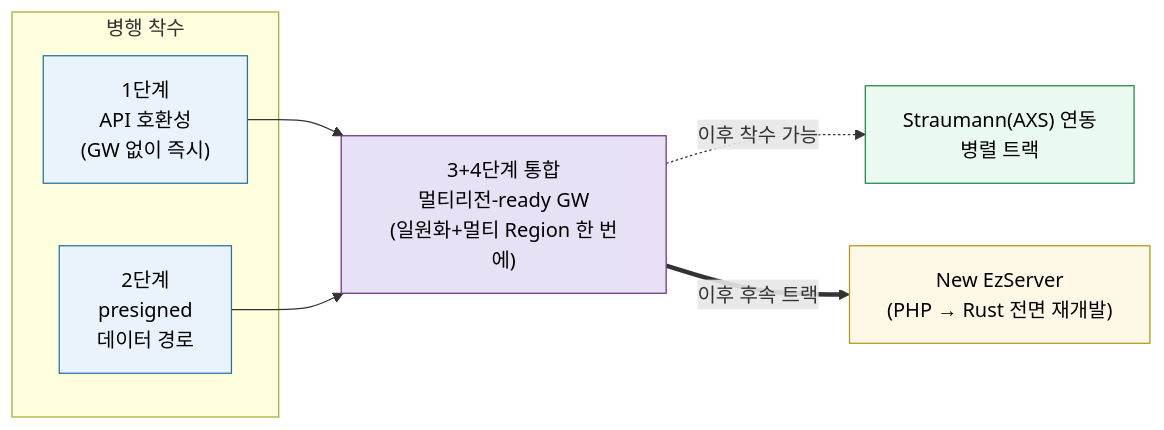
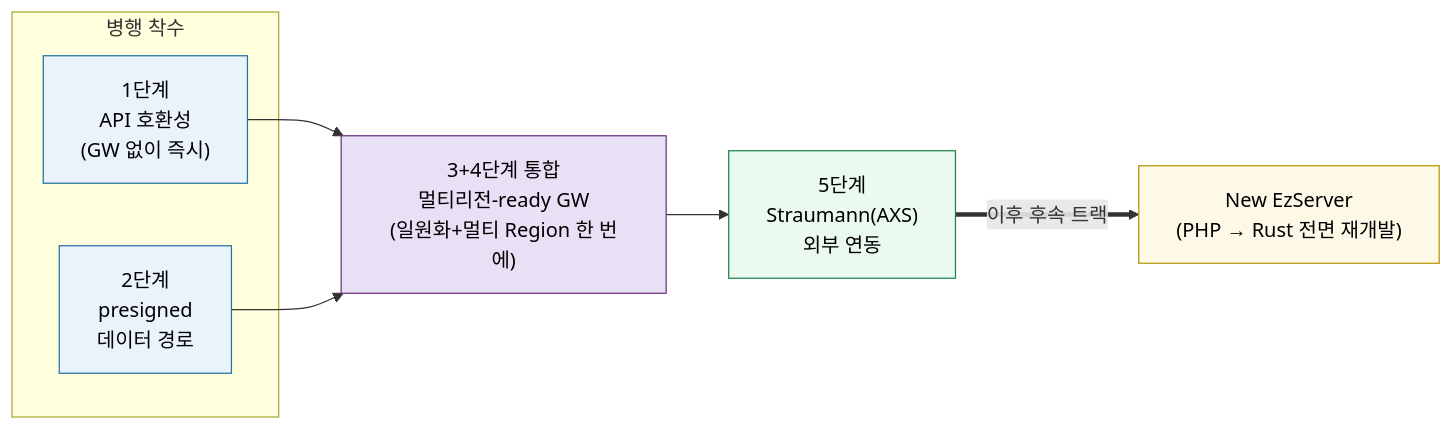
The third of 12 diagrams in docs/CleverAPI호환성체크/VatechAPIGateway_통합_Roadmap_보고서.md (gracegyu/scp-architecture), drawn with Mermaid before and after one commit. The commit also changed other lines of this file and 21 other files, not shown here.

Commit message:
문서 업데이트: VatechAPIGateway 통합 로드맵 보고서에서 Straumann(AXS) 연동의 진행 단계를 공식 5단계로 수정하고, 각 단계의 세부 사항을 명확히 하여 문서의 이해도를 높였습니다. 또한, 관련된 PDF 문서들을 삭제하고, README.md 파일에서 링크를 수정하여 최신 정보를 반영하였습니다.

````diff
--- a/docs/CleverAPI호환성체크/VatechAPIGateway_통합_Roadmap_보고서.md
+++ b/docs/CleverAPI호환성체크/VatechAPIGateway_통합_Roadmap_보고서.md
@@ -91,24 +90,24 @@
 ```mermaid
 flowchart LR
     subgraph PAR["병행 착수"]
         S1["1단계<br/>API 호환성<br/>(GW 없이 즉시)"]
         S2["2단계<br/>presigned<br/>데이터 경로"]
     end
     S34["3+4단계 통합<br/>멀티리전-ready GW<br/>(일원화+멀티 Region 한 번에)"]
-    STRA["Straumann(AXS) 연동<br/>병렬 트랙"]
+    S5["5단계<br/>Straumann(AXS)<br/>외부 연동"]
     RUST["New EzServer<br/>(PHP → Rust 전면 재개발)"]
 
     S1 --> S34
     S2 --> S34
-    S34 -.->|"이후 착수 가능"| STRA
-    S34 ==>|"이후 후속 트랙"| RUST
+    S34 --> S5
+    S5 ==>|"이후 후속 트랙"| RUST
 
     classDef stage fill:#eaf2fb,stroke:#2471a3,color:#000;
     classDef merged fill:#e8e0f5,stroke:#6c3483,color:#000;
-    classDef branch fill:#eafaf1,stroke:#1e8449,color:#000;
+    classDef ext fill:#eafaf1,stroke:#1e8449,color:#000;
     classDef follow fill:#fef9e7,stroke:#b7950b,color:#000;
     class S1,S2 stage;
     class S34 merged;
-    class STRA branch;
+    class S5 ext;
     class RUST follow;
 ```
````
